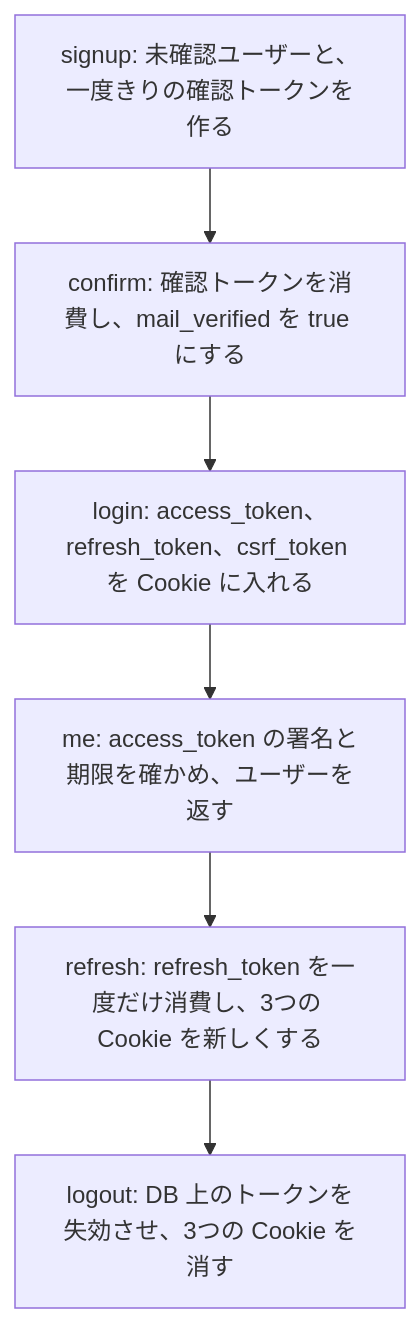
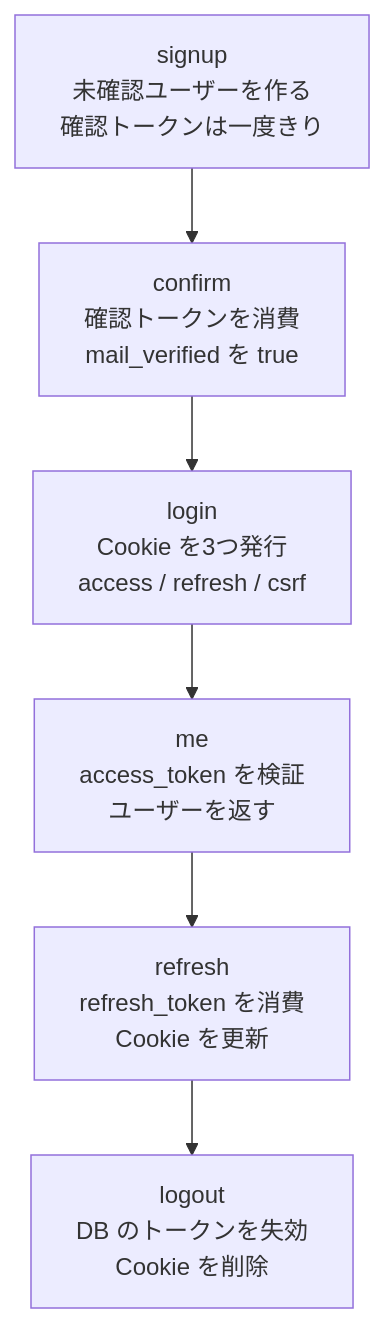
Before and after one commit to plaodas/study_auth: the diagram in README.md, drawn with Mermaid.

Commit message:
README.mdを更新し、認証フローのフローチャートのラベルを改善。各ステップの説明をより明確にし、視覚的な理解を促進。

````diff
--- a/README.md
+++ b/README.md
@@ -190,11 +190,12 @@
 ```mermaid
+%%{init: {"flowchart": {"htmlLabels": false}} }%%
 flowchart TD
-  signup["signup: 未確認ユーザーと、一度きりの確認トークンを作る"]
-  confirm["confirm: 確認トークンを消費し、mail_verified を true にする"]
-  login["login: access_token、refresh_token、csrf_token を Cookie に入れる"]
-  me["me: access_token の署名と期限を確かめ、ユーザーを返す"]
-  refresh["refresh: refresh_token を一度だけ消費し、3つの Cookie を新しくする"]
-  logout["logout: DB 上のトークンを失効させ、3つの Cookie を消す"]
+  signup["signup<br/>未確認ユーザーを作る<br/>確認トークンは一度きり"]
+  confirm["confirm<br/>確認トークンを消費<br/>mail_verified を true"]
+  login["login<br/>Cookie を3つ発行<br/>access / refresh / csrf"]
+  me["me<br/>access_token を検証<br/>ユーザーを返す"]
+  refresh["refresh<br/>refresh_token を消費<br/>Cookie を更新"]
+  logout["logout<br/>DB のトークンを失効<br/>Cookie を削除"]
 
   signup --> confirm --> login --> me --> refresh --> logout
 ```
````
